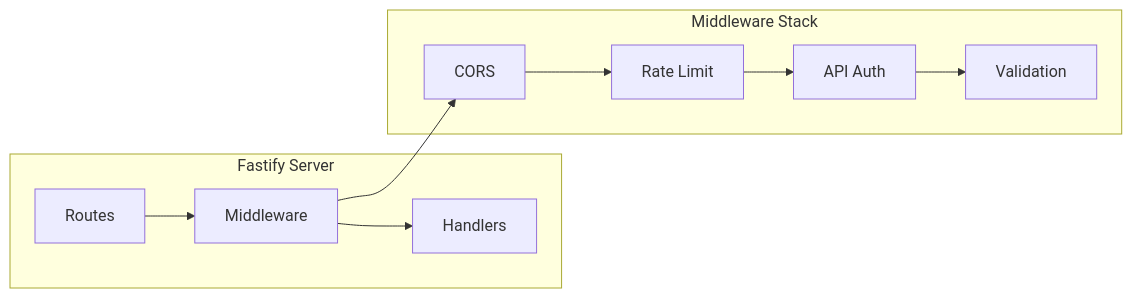
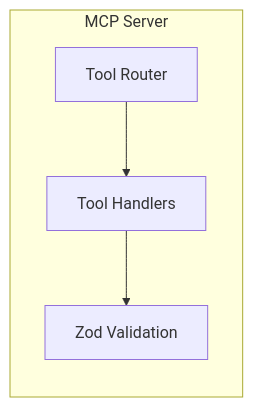
Before and after one commit to EricNguyen1206/erion-ember: the second of 10 diagrams in docs/ARCHITECTURE.md, drawn with Mermaid. The commit also changed other lines of this file and 7 other files, not shown here.

Commit message:
feat: Implement model override for embedding generation and refactor architecture for MCP server and vector index.

````diff
--- a/docs/ARCHITECTURE.md
+++ b/docs/ARCHITECTURE.md
@@ -52,16 +51,7 @@
 ```mermaid
 graph LR
-    subgraph "Fastify Server"
-        R[Routes] --> M[Middleware]
-        M --> H[Handlers]
+    subgraph "MCP Server"
+        R[Tool Router] --> H[Tool Handlers]
+        H --> V[Zod Validation]
     end
-    
-    subgraph "Middleware Stack"
-        CORS[CORS]
-        RL[Rate Limit]
-        AUTH[API Auth]
-        VAL[Validation]
-    end
-    
-    M --> CORS --> RL --> AUTH --> VAL
 ```
````
